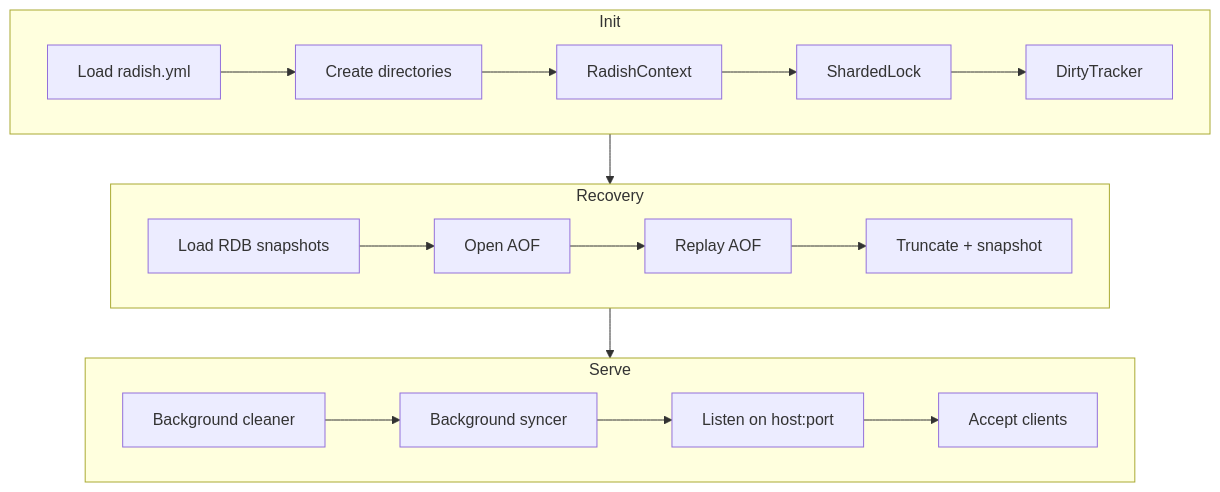
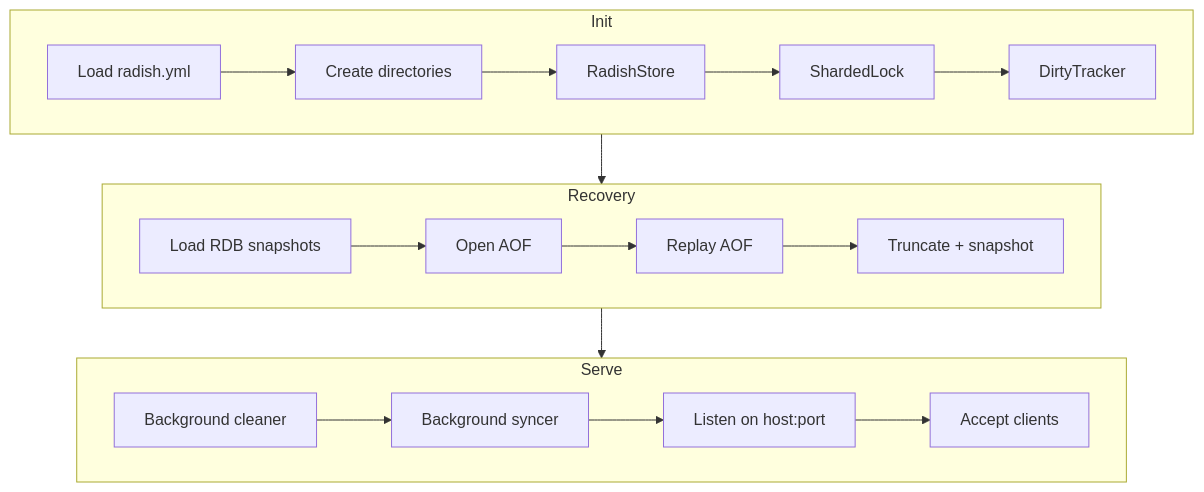
One commit to fabioscantamburlo/Radish changed the first of 2 diagrams in docs/server-client.md. Above: the diagram before and after it, drawn with Mermaid. The commit also changed other lines of this file and 77 other files, not shown here.

````diff
--- a/docs/server-client.md
+++ b/docs/server-client.md
@@ -21,19 +21,19 @@
 ```mermaid
 graph TD
     subgraph Init
         direction LR
-        Z["Load radish.yml"] --> A["Create directories"] --> B["RadishContext"] --> C["ShardedLock"] --> D["DirtyTracker"]
+        Z["Load radish.yml"] --> A["Create directories"] --> B["RadishStore"] --> C["ShardedLock"] --> D["DirtyTracker"]
     end
 
     subgraph Recovery
         direction LR
         E["Load RDB snapshots"] --> F["Open AOF"] --> G["Replay AOF"] --> H["Truncate + snapshot"]
     end
 
     subgraph Serve
         direction LR
         I["Background cleaner"] --> J["Background syncer"] --> K["Listen on host:port"] --> L["Accept clients"]
     end
 
     Init --> Recovery --> Serve
 ```
````
